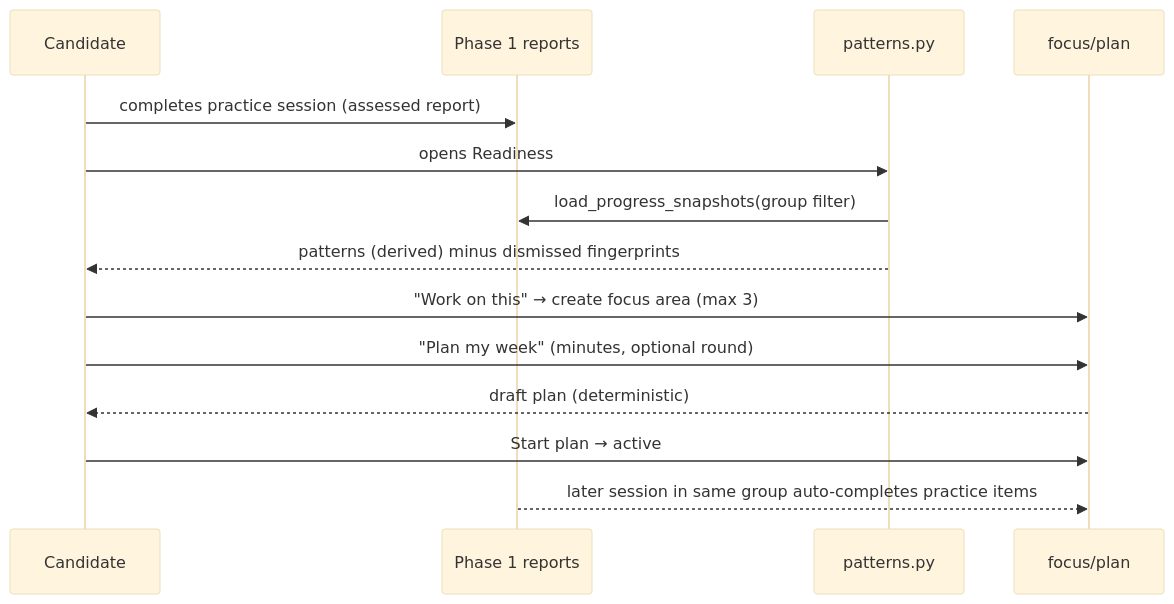
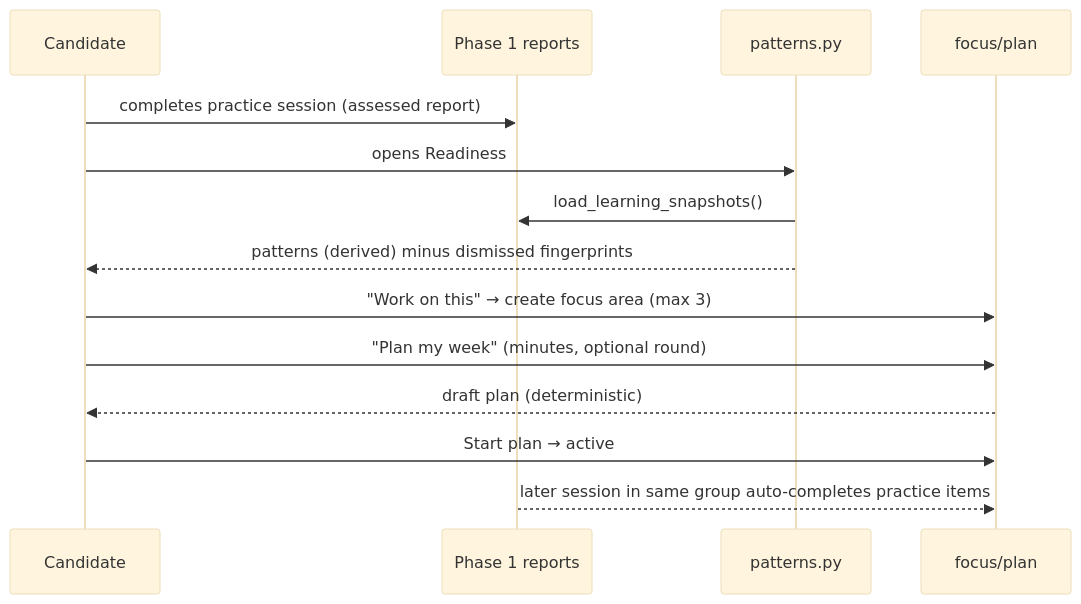
The second of 10 diagrams in docs/implementation-specs/active/2026-10-22-coach-phase2-readiness-loop.md (arvindsoni2/hatch), drawn with Mermaid (base theme) before and after one commit. The commit also changed other lines of this file and 20 other files, not shown here.

````diff
--- a/docs/implementation-specs/active/2026-10-22-coach-phase2-readiness-loop.md
+++ b/docs/implementation-specs/active/2026-10-22-coach-phase2-readiness-loop.md
@@ -243,16 +302,16 @@
 ```mermaid
 sequenceDiagram
   participant U as Candidate
   participant P1 as Phase 1 reports
   participant PAT as patterns.py
   participant FOC as focus/plan
   U->>P1: completes practice session (assessed report)
   U->>PAT: opens Readiness
-  PAT->>P1: load_progress_snapshots(group filter)
+  PAT->>P1: load_learning_snapshots()
   PAT-->>U: patterns (derived) minus dismissed fingerprints
   U->>FOC: "Work on this" → create focus area (max 3)
   U->>FOC: "Plan my week" (minutes, optional round)
   FOC-->>U: draft plan (deterministic)
   U->>FOC: Start plan → active
   P1-->>FOC: later session in same group auto-completes practice items
 ```
````
